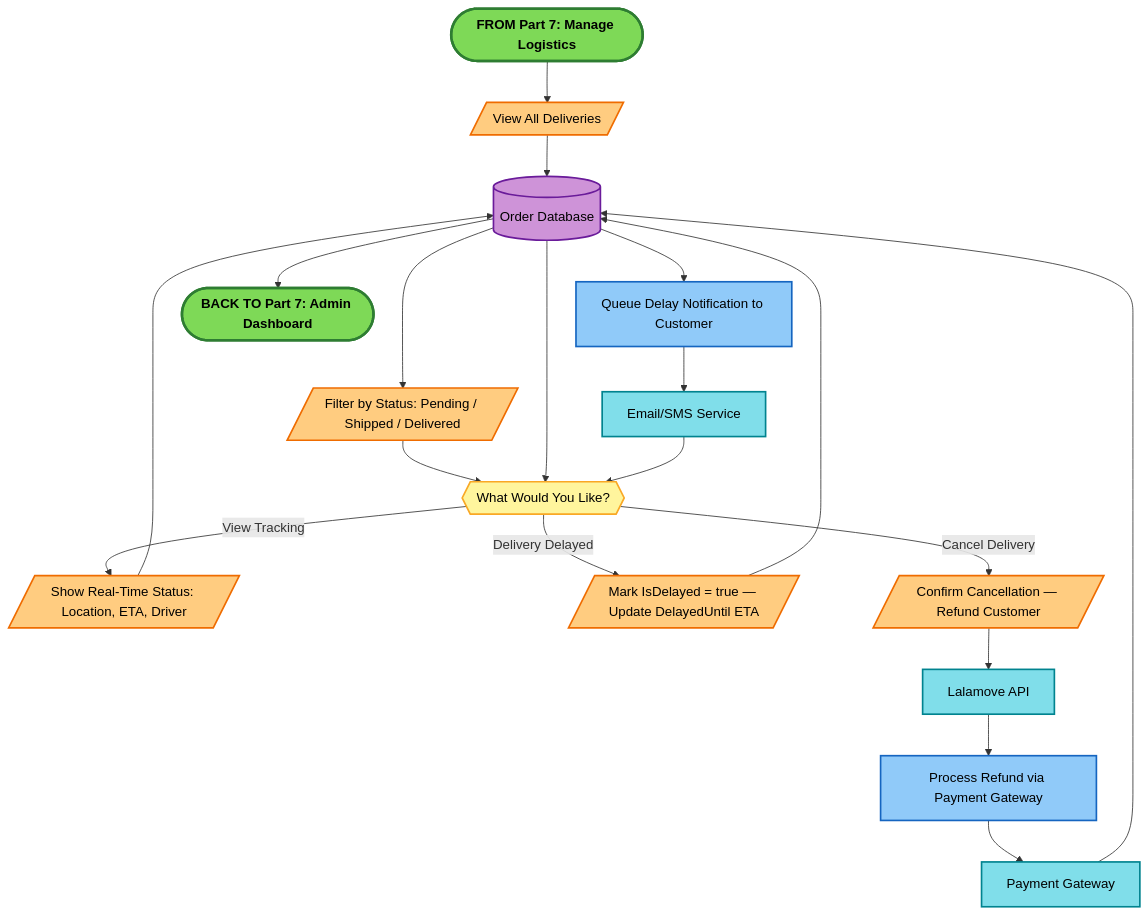
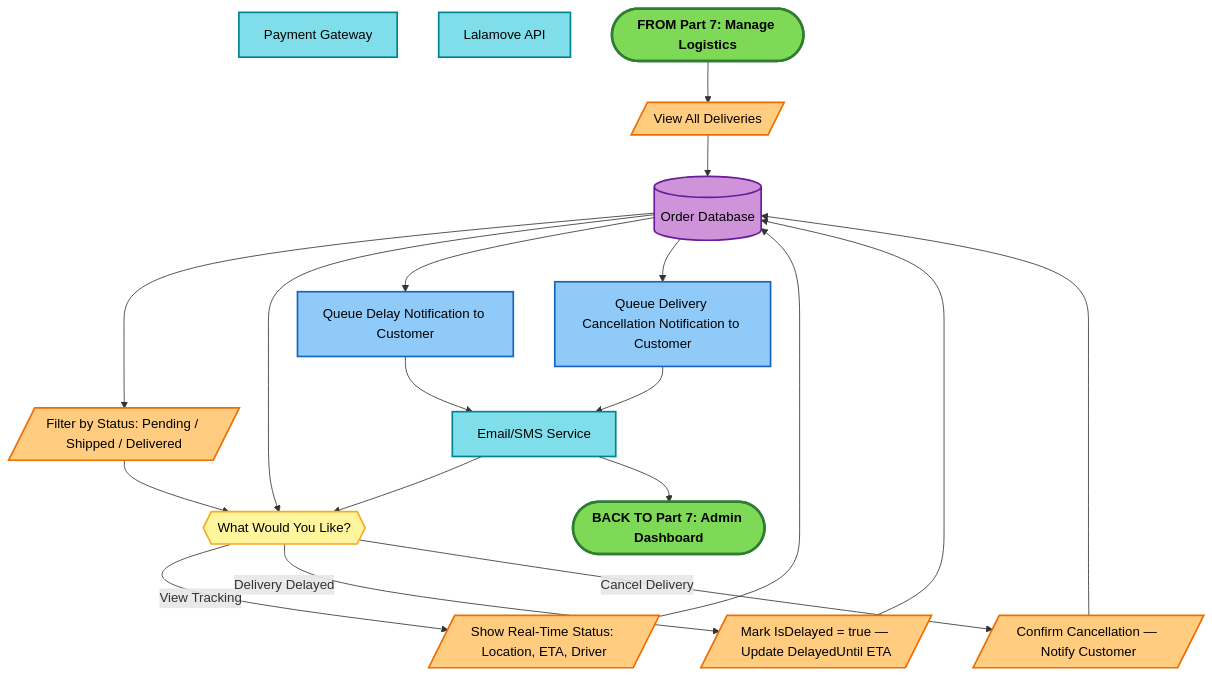
One commit to butterkookies/OOP-TaurusBikeShop changed the diagram in Mermaid/Claude/v3.0/10_LOGISTICS_MANAGEMENT.mmd. Above: the diagram before and after it, drawn with Mermaid. The commit also changed 7 other files, not shown here.

```diff
--- a/Mermaid/Claude/v3.0/10_LOGISTICS_MANAGEMENT.mmd
+++ b/Mermaid/Claude/v3.0/10_LOGISTICS_MANAGEMENT.mmd
@@ -1,54 +1,52 @@
 %% =====================================================
 %% BIKE SHOP - PART 10: LOGISTICS MANAGEMENT
 %% =====================================================
 %% Schema tables: Delivery, LalamoveDelivery, LBCDelivery,
 %%   Order, Notification, Payment
 %% Columns used: IsDelayed, DelayedUntil, DeliveryStatus
 %% Connected from: Part 7
 %% =====================================================
 
 flowchart TD
 
 DB3[("Order Database")]
 EXT1["Payment Gateway"]
 EXT2["Lalamove API"]
 EXT4["Email/SMS Service"]
 
 L_START(["FROM Part 7: Manage Logistics"])
 
 L_START --> L1[/"View All Deliveries"/]
 L1 --> DB3
 DB3 --> L1B[/"Filter by Status: Pending / Shipped / Delivered"/]
 L1B --> L1C{{"What Would You Like?"}}
 
 L1C -->|View Tracking| L1D[/"Show Real-Time Status: Location, ETA, Driver"/]
 L1D --> DB3
 DB3 --> L1C
 
 L1C -->|Delivery Delayed| L1E[/"Mark IsDelayed = true — Update DelayedUntil ETA"/]
 L1E --> DB3
 DB3 --> L1F["Queue Delay Notification to Customer"]
 L1F --> EXT4
 EXT4 --> L1C
 
-L1C -->|Cancel Delivery| L1G[/"Confirm Cancellation — Refund Customer"/]
-L1G --> EXT2
-EXT2 --> L1H["Process Refund via Payment Gateway"]
-L1H --> EXT1
-EXT1 --> DB3
-DB3 --> END1(["BACK TO Part 7: Admin Dashboard"])
-
+L1C -->|Cancel Delivery| L1G[/"Confirm Cancellation — Notify Customer"/]
+L1G --> DB3
+DB3 --> L1H["Queue Delivery Cancellation Notification to Customer"]
+L1H --> EXT4
+EXT4 --> END1(["BACK TO Part 7: Admin Dashboard"])
 classDef startend fill:#7ED957,stroke:#2E7D32,stroke-width:3px,color:#000,font-weight:bold
 classDef process fill:#90CAF9,stroke:#1565C0,stroke-width:2px,color:#000
 classDef decision fill:#FFF59D,stroke:#F9A825,stroke-width:2px,color:#000
 classDef io fill:#FFCC80,stroke:#EF6C00,stroke-width:2px,color:#000
 classDef database fill:#CE93D8,stroke:#6A1B9A,stroke-width:2px,color:#000
 classDef external fill:#80DEEA,stroke:#00838F,stroke-width:2px,color:#000
 classDef connector fill:#FFB6C1,stroke:#FF1493,stroke-width:3px,color:#000,font-weight:bold
 
 class L_START,END1 startend
 class L1F,L1H process
 class L1C decision
 class L1,L1B,L1D,L1E,L1G io
 class DB3 database
 class EXT1,EXT2,EXT4 external
```
